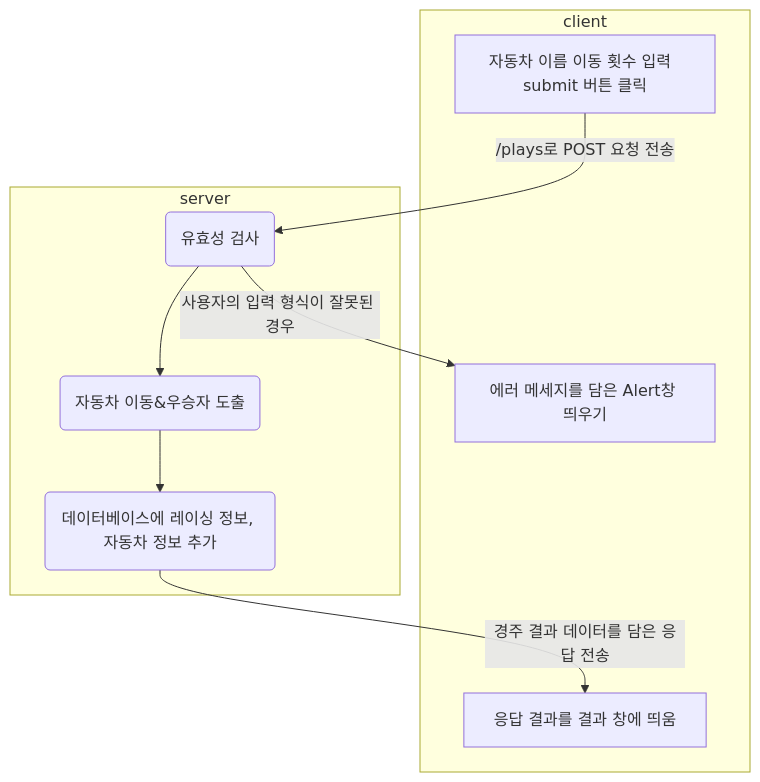
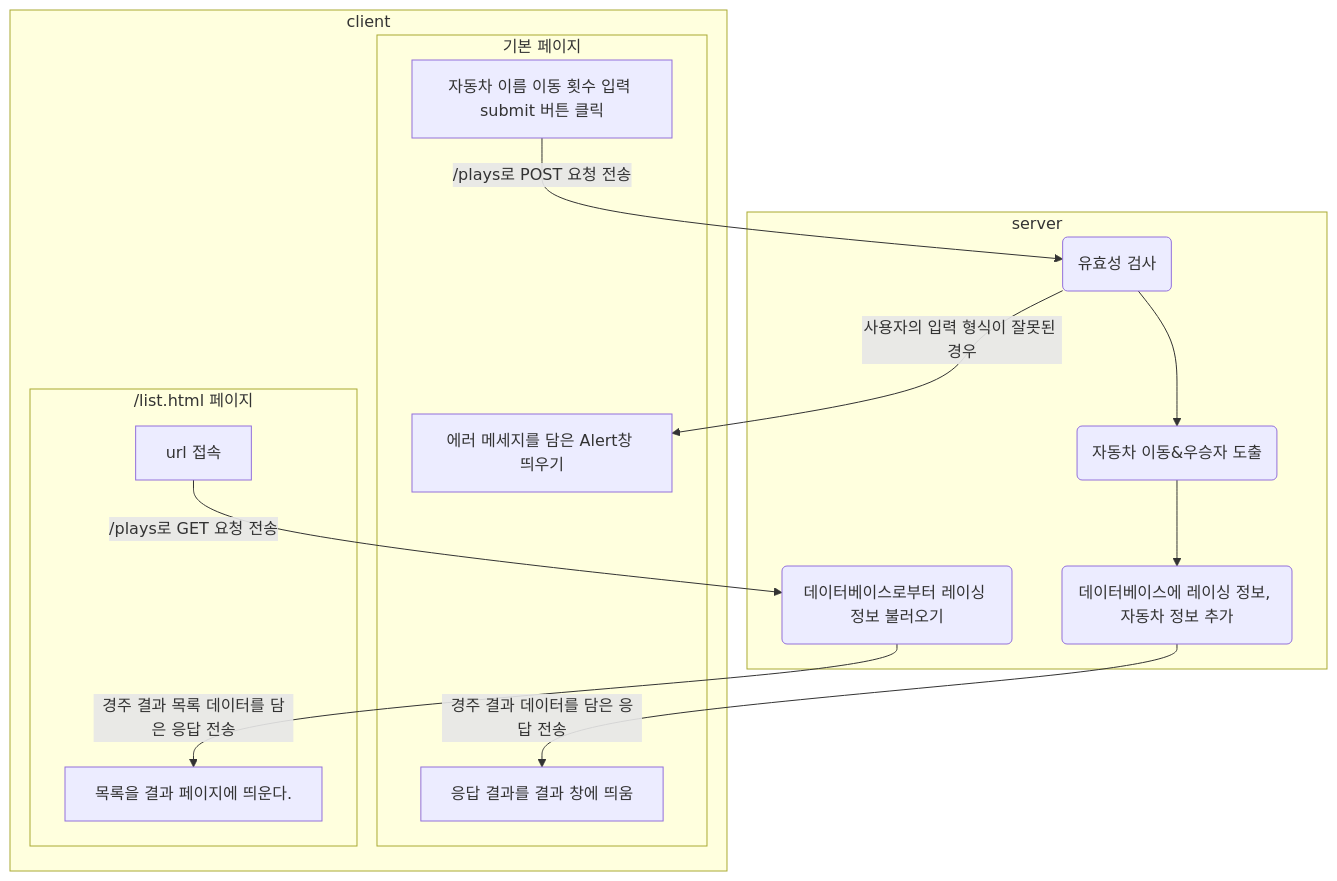
One commit to woowacourse/jwp-racingcar changed the diagram in docs/README.md. Above: the diagram before and after it, drawn with Mermaid. The commit also changed other lines of this file, not shown here.

````diff
--- a/docs/README.md
+++ b/docs/README.md
@@ -21,15 +21,24 @@
 ```mermaid
-flowchart
+flowchart 
     subgraph client
-        A[자동차 이름 이동 횟수 입력  submit 버튼 클릭]
-        D[응답 결과를 결과 창에 띄움]
-        EX[에러 메세지를 담은 Alert창 띄우기]
+        subgraph 기본 페이지
+            A[자동차 이름 이동 횟수 입력 submit 버튼 클릭]
+            D[응답 결과를 결과 창에 띄움]
+            EX[에러 메세지를 담은 Alert창 띄우기]
+        end
+        subgraph /list.html 페이지
+            G[url 접속]
+            I[목록을 결과 페이지에 띄운다.]
+        end
+        
     end
     subgraph server
-        B(유효성 검사)-->C(자동차 이동&우승자 도출)-->F(데이터베이스에 레이싱 정보, 자동차 정보 추가)
+        B(유효성 검사) --> C(자동차 이동&우승자 도출) --> F(데이터베이스에 레이싱 정보, 자동차 정보 추가)
+        H(데이터베이스로부터 레이싱 정보 불러오기)
     end
-    A-->|/plays로 POST 요청 전송|B
-    F-->|경주 결과 데이터를 담은 응답 전송|D
-    B-->|사용자의 입력 형식이 잘못된 경우|EX
-
+    A -->|/plays로 POST 요청 전송| B
+    G -->|/plays로 GET 요청 전송| H
+    F -->|경주 결과 데이터를 담은 응답 전송| D
+    B -->|사용자의 입력 형식이 잘못된 경우| EX
+    H -->|경주 결과 목록 데이터를 담은 응답 전송|I
 ```
````
